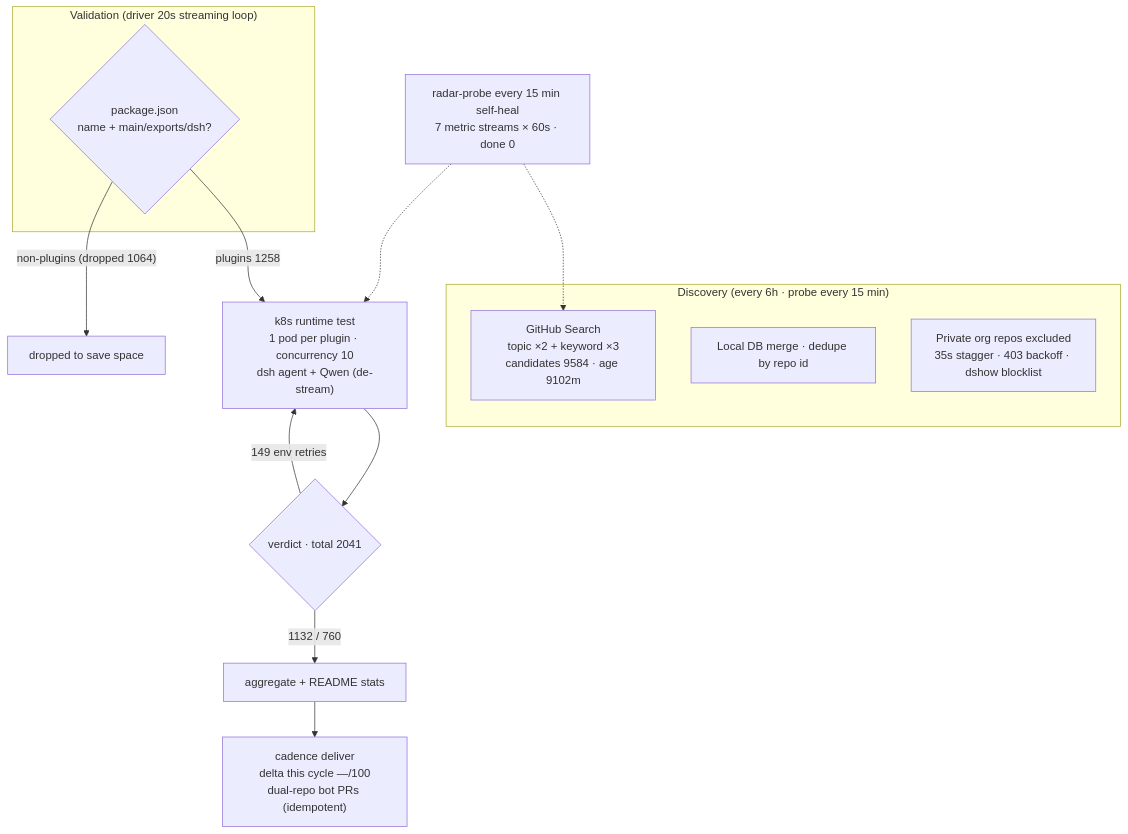
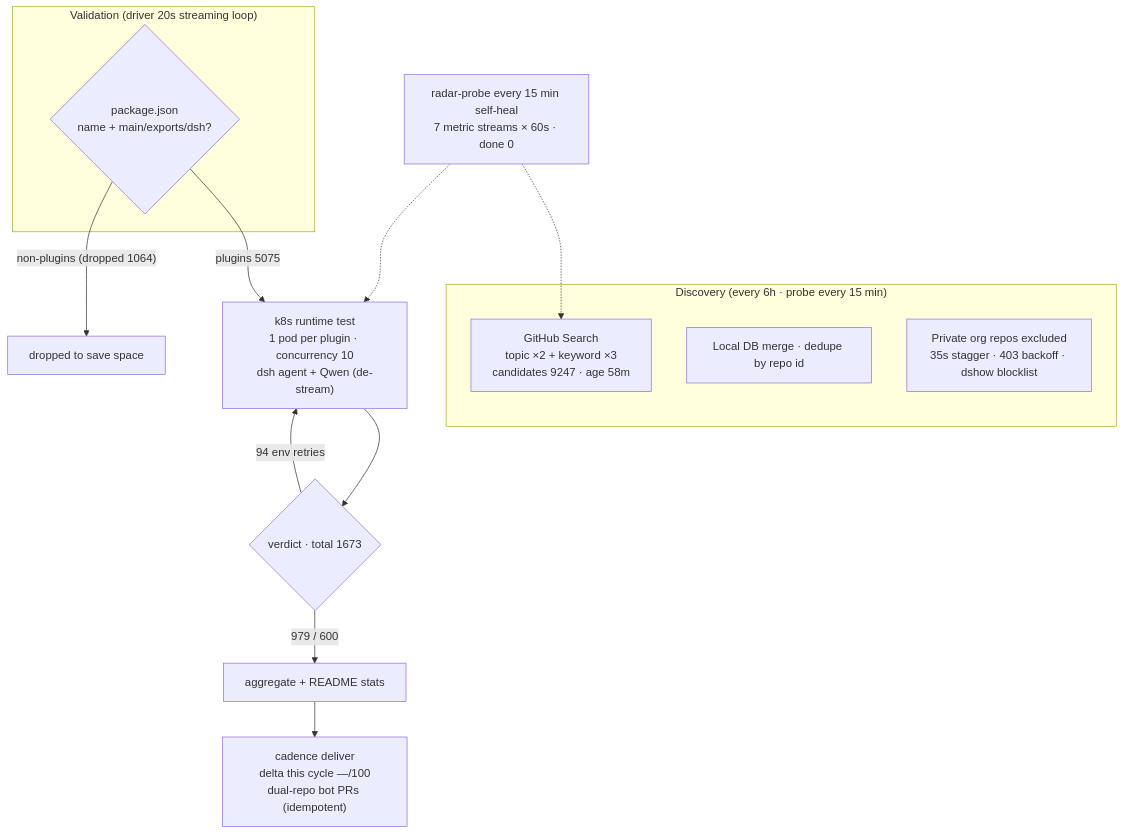
One commit to Zhidao-Lab-OSS/awesome-dsh-plugins changed the diagram in README.en-US.md. Above: the diagram before and after it, drawn with Mermaid. The commit also changed other lines of this file and 1 other file, not shown here.

````diff
--- a/README.en-US.md
+++ b/README.en-US.md
@@ -30,20 +30,20 @@
 ```mermaid
 flowchart TB
     subgraph Discovery["Discovery (every 6h · probe every 15 min)"]
-        A1["GitHub Search<br/>topic ×2 + keyword ×3<br/>candidates 9584 · age 9102m"]
+        A1["GitHub Search<br/>topic ×2 + keyword ×3<br/>candidates 9247 · age 58m"]
         A2["Local DB merge · dedupe by repo id"]
         A3["Private org repos excluded<br/>35s stagger · 403 backoff · dshow blocklist"]
     end
     subgraph Validation["Validation (driver 20s streaming loop)"]
         B1{"package.json<br/>name + main/exports/dsh?"}
     end
-    B1 -->|"plugins 1258"| C1["k8s runtime test<br/>1 pod per plugin · concurrency 10<br/>dsh agent + Qwen (de-stream)"]
+    B1 -->|"plugins 5075"| C1["k8s runtime test<br/>1 pod per plugin · concurrency 10<br/>dsh agent + Qwen (de-stream)"]
     B1 -->|"non-plugins (dropped 1064)"| B3["dropped to save space"]
-    C1 --> D1{"verdict · total 2041"}
-    D1 -->|"1132 / 760"| E1["aggregate + README stats"]
-    D1 -->|"149 env retries"| C1
+    C1 --> D1{"verdict · total 1673"}
+    D1 -->|"979 / 600"| E1["aggregate + README stats"]
+    D1 -->|"94 env retries"| C1
     E1 --> E2["cadence deliver<br/>delta this cycle —/100<br/>dual-repo bot PRs (idempotent)"]
     M["radar-probe every 15 min self-heal<br/>7 metric streams × 60s · done 0"]
     M -.-> A1
     M -.-> C1
 ```
````
